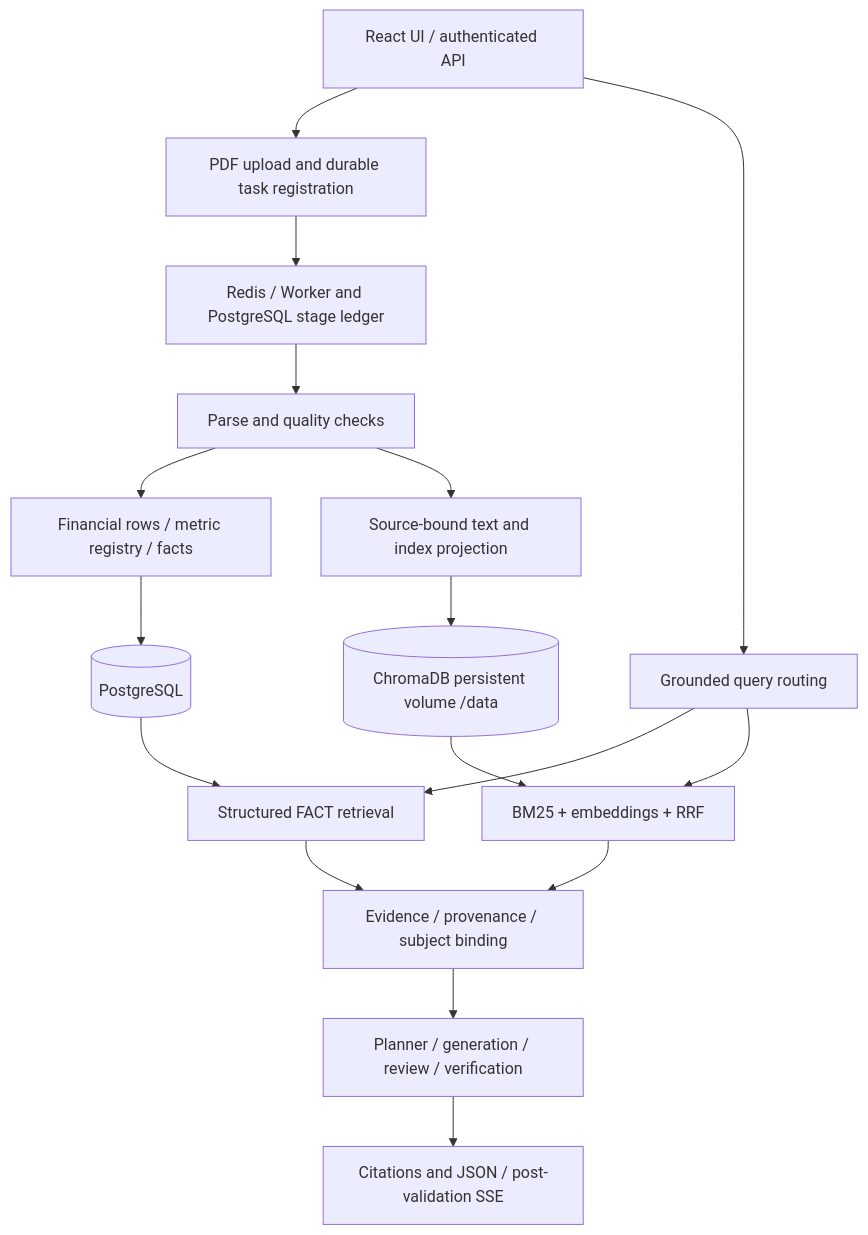
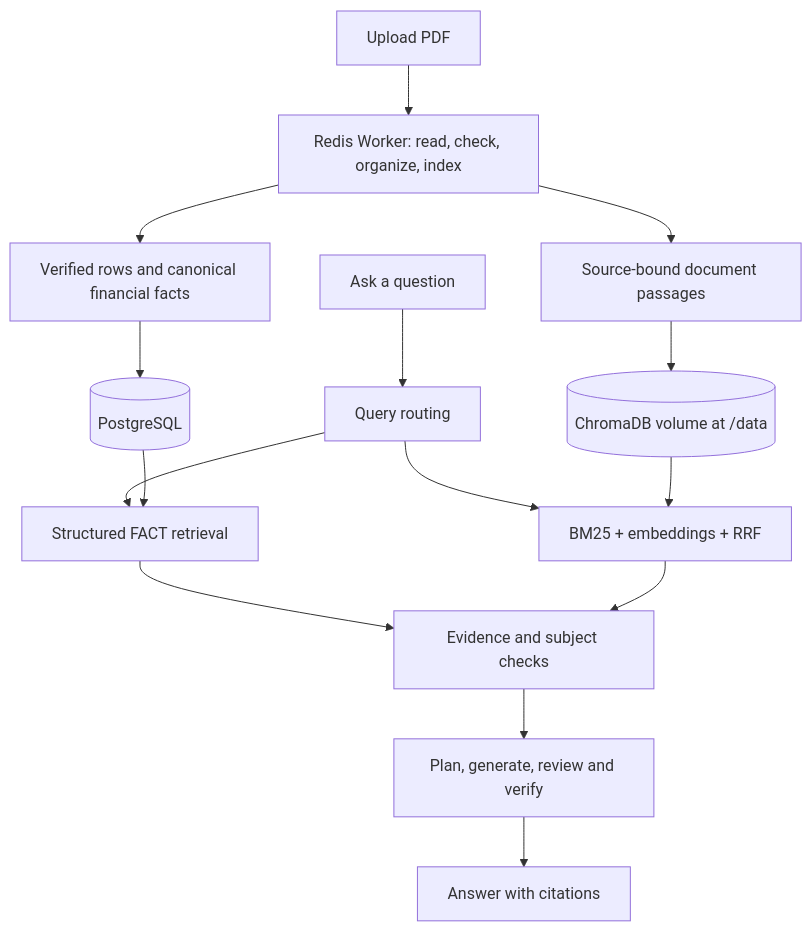
One commit to csl1234213/financial-research-assistant changed the diagram in README.md. Above: the diagram before and after it, drawn with Mermaid. The commit also changed other lines of this file and 8 other files, not shown here.

````diff
--- a/README.md
+++ b/README.md
@@ -21,19 +37,17 @@
 ```mermaid
 flowchart TD
-    UI[React UI / authenticated API] --> U[PDF upload and durable task registration]
-    U --> W[Redis / Worker and PostgreSQL stage ledger]
-    W --> P[Parse and quality checks]
-    P --> F[Financial rows / metric registry / facts]
-    P --> I[Source-bound text and index projection]
-    F --> DB[(PostgreSQL)]
-    I --> V[(ChromaDB persistent volume /data)]
-    UI --> Q[Grounded query routing]
-    Q --> S[Structured FACT retrieval]
-    Q --> H[BM25 + embeddings + RRF]
-    DB --> S
-    V --> H
-    S --> E[Evidence / provenance / subject binding]
+    U[Upload PDF] --> W[Redis Worker: read, check, organize, index]
+    W --> F[Verified rows and canonical financial facts]
+    W --> T[Source-bound document passages]
+    F --> P[(PostgreSQL)]
+    T --> C[(ChromaDB volume at /data)]
+    Q[Ask a question] --> R[Query routing]
+    R --> S[Structured FACT retrieval]
+    R --> H[BM25 + embeddings + RRF]
+    P --> S
+    C --> H
+    S --> E[Evidence and subject checks]
     H --> E
-    E --> A[Planner / generation / review / verification]
-    A --> C[Citations and JSON / post-validation SSE]
+    E --> A[Plan, generate, review and verify]
+    A --> O[Answer with citations]
 ```
````
